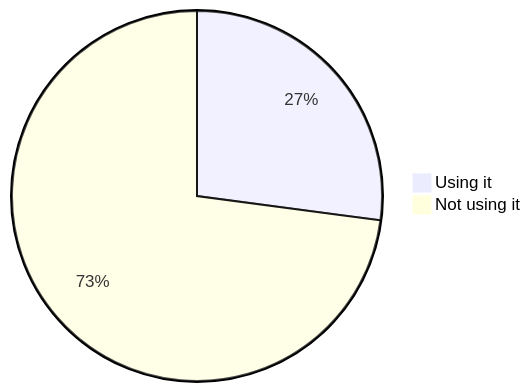
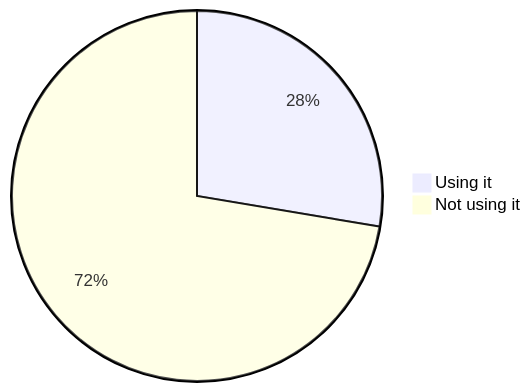
Diagram 16 of 22 in stats.md (oshp/oshp-stats), drawn with Mermaid before and after one commit. The commit also changed other lines of this file, not shown here.

````diff
--- a/stats.md
+++ b/stats.md
@@ -190,6 +190,6 @@
 ```mermaid
 pie
-	"Using it" : 27.1
-	"Not using it" : 72.9
+	"Using it" : 27.64
+	"Not using it" : 72.36
 
 ```
````
